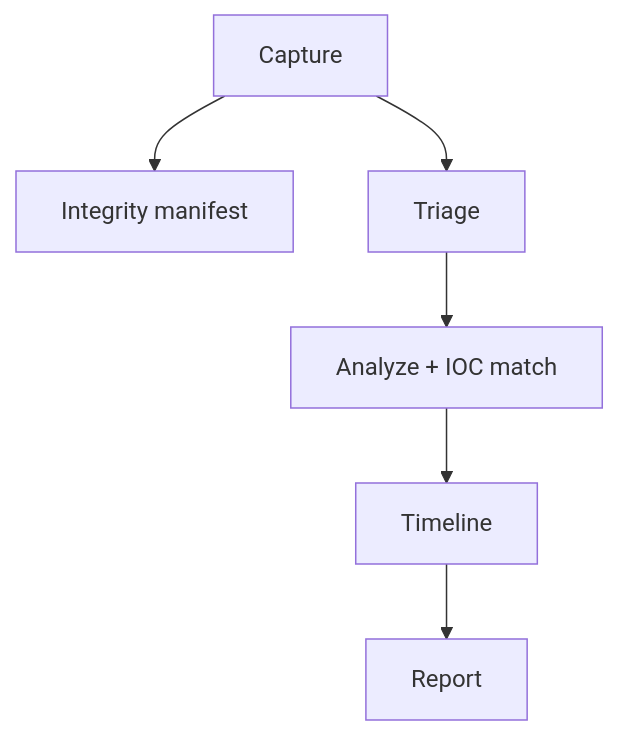
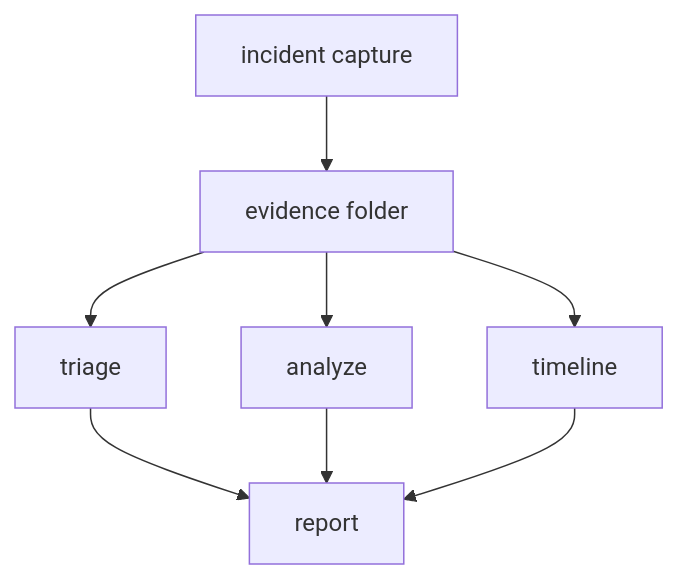
The third of 3 diagrams in README.md (lily0ng/Fortis-Admin), drawn with Mermaid before and after one commit. The commit also changed other lines of this file, not shown here.

````diff
--- a/README.md
+++ b/README.md
@@ -193,8 +169,10 @@
 ```mermaid
 flowchart TD
-  A[Capture] --> B[Integrity manifest]
-  A --> C[Triage]
-  C --> D[Analyze + IOC match]
-  D --> E[Timeline]
-  E --> F[Report]
+  A[incident capture] --> B[evidence folder]
+  B --> C[triage]
+  B --> D[analyze]
+  B --> E[timeline]
+  C --> F[report]
+  D --> F
+  E --> F
 ```
````
